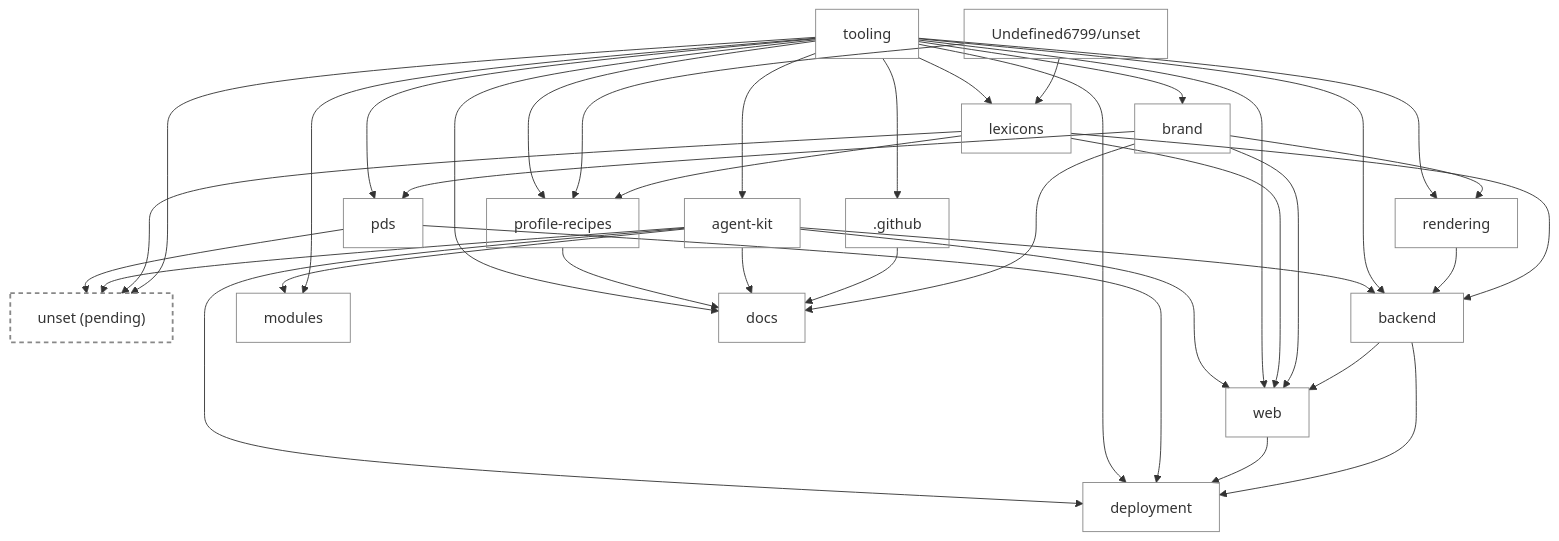
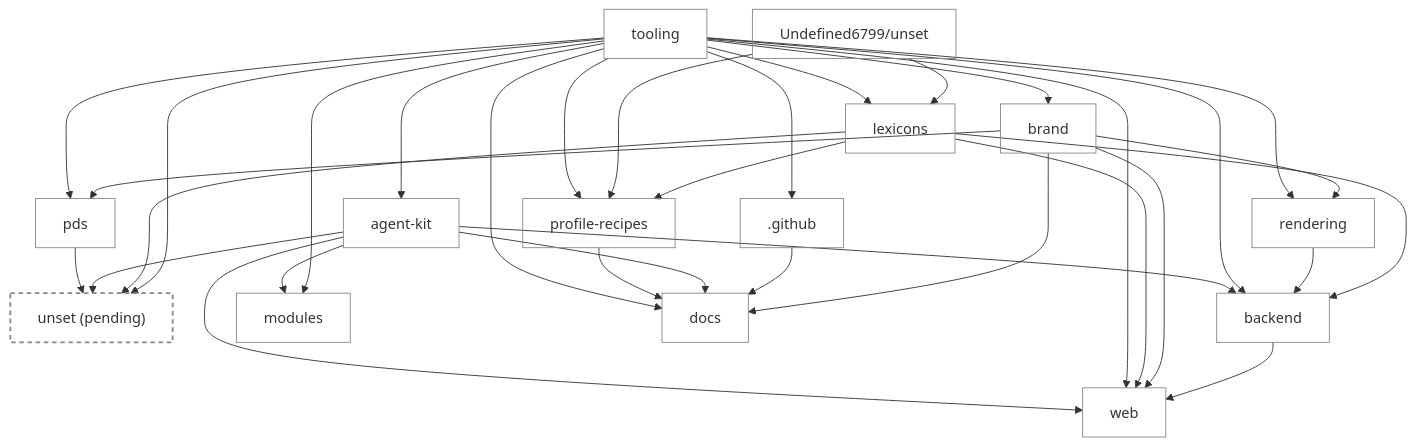
One commit to unset-sh/.github changed the diagram in MAP.md. Above: the diagram before and after it, drawn with Mermaid. The commit also changed other lines of this file and 1 other file, not shown here.

First line of the commit message:
Drop deployment's ownership and point its concerns at unset

````diff
--- a/MAP.md
+++ b/MAP.md
@@ -71,59 +71,53 @@
 ```mermaid
 flowchart TB
   r_unset["unset (pending)"]
   r_web["web"]
   r_backend["backend"]
-  r_deployment["deployment"]
   r_modules["modules"]
   r_Undefined6799_unset["Undefined6799/unset"]
   r__github[".github"]
   r_tooling["tooling"]
   r_brand["brand"]
   r_rendering["rendering"]
   r_profile_recipes["profile-recipes"]
   r_docs["docs"]
   r_pds["pds"]
   r_lexicons["lexicons"]
   r_agent_kit["agent-kit"]
   r_tooling --> r_unset
   r_lexicons --> r_unset
   r_agent_kit --> r_unset
   r_pds --> r_unset
   r_backend --> r_web
   r_brand --> r_web
   r_lexicons --> r_web
   r_tooling --> r_web
   r_agent_kit --> r_web
   r_lexicons --> r_backend
   r_rendering --> r_backend
   r_tooling --> r_backend
   r_agent_kit --> r_backend
-  r_backend --> r_deployment
-  r_web --> r_deployment
-  r_pds --> r_deployment
-  r_tooling --> r_deployment
-  r_agent_kit --> r_deployment
   r_tooling --> r_modules
   r_agent_kit --> r_modules
   r_tooling --> r__github
   r_tooling --> r_brand
   r_brand --> r_rendering
   r_tooling --> r_rendering
   r_lexicons --> r_profile_recipes
   r_Undefined6799_unset --> r_profile_recipes
   r_tooling --> r_profile_recipes
   r_brand --> r_docs
   r__github --> r_docs
   r_agent_kit --> r_docs
   r_profile_recipes --> r_docs
   r_tooling --> r_docs
   r_brand --> r_pds
   r_tooling --> r_pds
   r_Undefined6799_unset --> r_lexicons
   r_tooling --> r_lexicons
   r_tooling --> r_agent_kit
   classDef default fill:transparent,stroke:#888,stroke-width:1px
   classDef uncreated fill:transparent,stroke:#888,stroke-width:1px,stroke-dasharray:5 4
   class r_unset uncreated
   style r_unset stroke-width:2px
 ```
````
